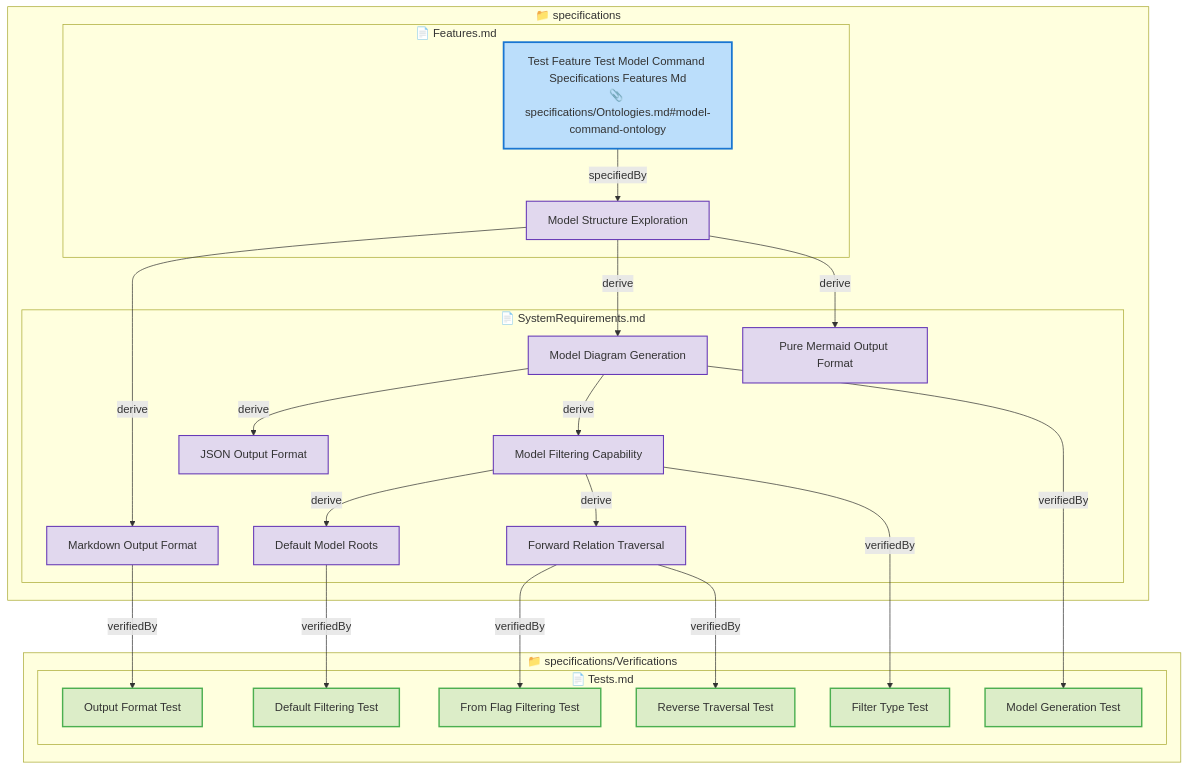
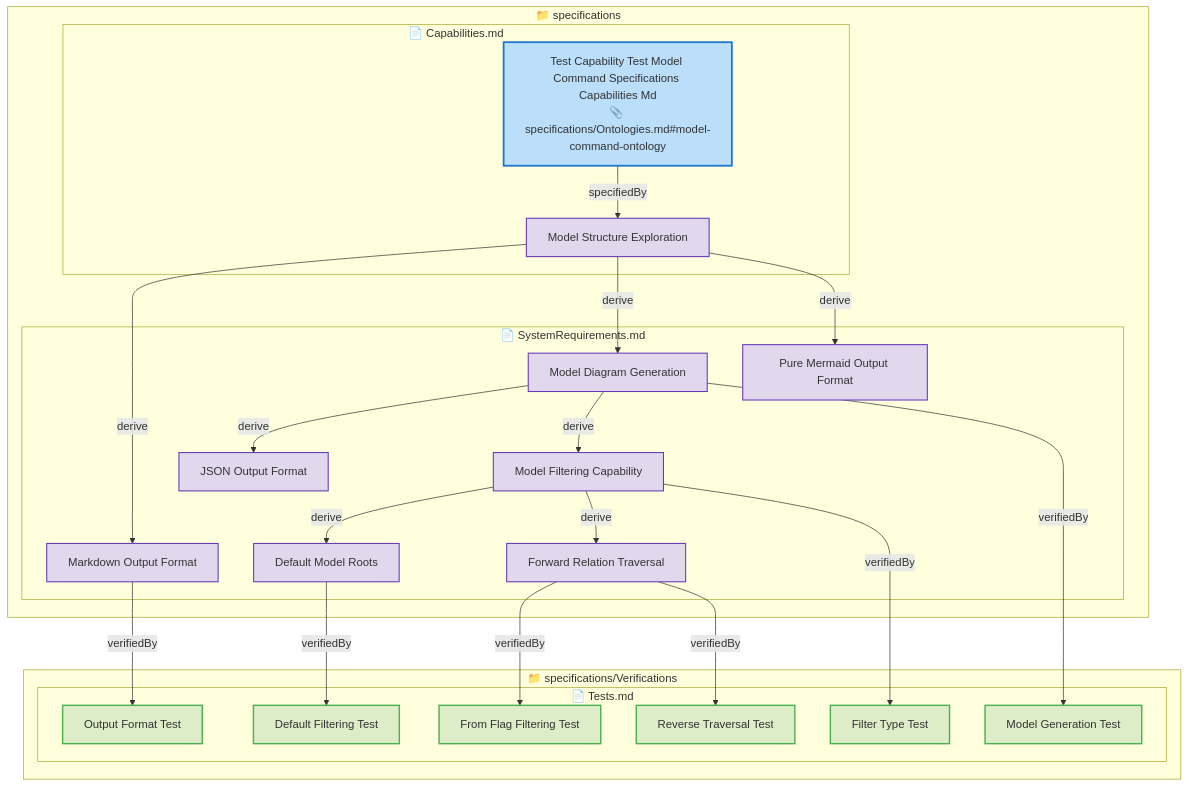
Before and after one commit to reqvire-org/reqvire: the diagram in tests/test-model-command/expected/expected_output.md, drawn with Mermaid. The commit also changed other lines of this file and 502 other files, not shown here.

Commit message:
Ontologies And Capabilities Breaking changes.

````diff
--- a/tests/test-model-command/expected/expected_output.md
+++ b/tests/test-model-command/expected/expected_output.md
@@ -15,81 +15,81 @@
 ```mermaid
 graph TD
-  classDef feature fill:#BBDEFB,stroke:#1976D2,stroke-width:2.5px;
+  classDef capability fill:#BBDEFB,stroke:#1976D2,stroke-width:2.5px;
   classDef systemRequirement fill:#E1D8EE,stroke:#673AB7,stroke-width:1.5px;
   classDef ontology fill:#F4E3A1,stroke:#B08A00,stroke-width:2px;
   classDef verification fill:#DCEDC8,stroke:#4CAF50,stroke-width:2px;
   classDef default fill:#F5F5F5,stroke:#424242,stroke-width:1.5px;
 
   classDef folder fill:#FAFAFA,stroke:#9E9E9E,stroke-width:3px;
   classDef file fill:#FFF8E1,stroke:#FFCA28,stroke-width:2px;
 
   subgraph 9d68b769fcbc79d0["📁 specifications"]
-    subgraph 52b96646352f3ec7["📄 Features.md"]
-      1ef18bbc2a9e2de["Model Structure Exploration"];
-      class 1ef18bbc2a9e2de systemRequirement;
-      click 1ef18bbc2a9e2de "specifications/Features.md#model-structure-exploration";
-      cc4f0d848ef4201f["Test Feature Test Model Command Specifications Features Md<br/>📎 specifications/Ontologies.md#model-command-ontology"];
-      class cc4f0d848ef4201f feature;
-      click cc4f0d848ef4201f "specifications/Features.md#test-feature-test-model-command-specifications-features-md";
+    subgraph afe26fd45621e6a["📄 Capabilities.md"]
+      458b8fd2c32e6014["Model Structure Exploration"];
+      class 458b8fd2c32e6014 systemRequirement;
+      click 458b8fd2c32e6014 "specifications/Capabilities.md#model-structure-exploration";
+      8c7466173ee6b05d["Test Capability Test Model Command Specifications Capabilities Md<br/>📎 specifications/Ontologies.md#model-command-ontology"];
+      class 8c7466173ee6b05d capability;
+      click 8c7466173ee6b05d "specifications/Capabilities.md#test-capability-test-model-command-specifications-capabilities-md";
     end
     subgraph 77808752d543f615["📄 SystemRequirements.md"]
       f352ca56d3ce0fdd["Default Model Roots"];
       class f352ca56d3ce0fdd systemRequirement;
       click f352ca56d3ce0fdd "specifications/SystemRequirements.md#default-model-roots";
       f7eb2f9d9cd7bb11["Forward Relation Traversal"];
       class f7eb2f9d9cd7bb11 systemRequirement;
       click f7eb2f9d9cd7bb11 "specifications/SystemRequirements.md#forward-relation-traversal";
       5abb4a3caae293d9["JSON Output Format"];
       class 5abb4a3caae293d9 systemRequirement;
       click 5abb4a3caae293d9 "specifications/SystemRequirements.md#json-output-format";
       25879bdc5e196bec["Markdown Output Format"];
       class 25879bdc5e196bec systemRequirement;
       click 25879bdc5e196bec "specifications/SystemRequirements.md#markdown-output-format";
       b7ec4bb3813f1dea["Model Diagram Generation"];
       class b7ec4bb3813f1dea systemRequirement;
       click b7ec4bb3813f1dea "specifications/SystemRequirements.md#model-diagram-generation";
       836c732a54d7f48f["Model Filtering Capability"];
       class 836c732a54d7f48f systemRequirement;
       click 836c732a54d7f48f "specifications/SystemRequirements.md#model-filtering-capability";
       28d69f5dca868721["Pure Mermaid Output Format"];
       class 28d69f5dca868721 systemRequirement;
       click 28d69f5dca868721 "specifications/SystemRequirements.md#pure-mermaid-output-format";
     end
   end
   subgraph 9f0649e759bd2822["📁 specifications/Verifications"]
     subgraph 7d9dffd79ed1d5b8["📄 Tests.md"]
       a2368d1b4b67f0d7["Default Filtering Test"];
       class a2368d1b4b67f0d7 verification;
       click a2368d1b4b67f0d7 "specifications/Verifications/Tests.md#default-filtering-test";
       bbd610799ac8e00f["Filter Type Test"];
       class bbd610799ac8e00f verification;
       click bbd610799ac8e00f "specifications/Verifications/Tests.md#filter-type-test";
       293200814c46cd0d["From Flag Filtering Test"];
       class 293200814c46cd0d verification;
       click 293200814c46cd0d "specifications/Verifications/Tests.md#from-flag-filtering-test";
       6e0e2613c4bfcfcb["Model Generation Test"];
       class 6e0e2613c4bfcfcb verification;
       click 6e0e2613c4bfcfcb "specifications/Verifications/Tests.md#model-generation-test";
       2f7b3b3deb29891d["Output Format Test"];
       class 2f7b3b3deb29891d verification;
       click 2f7b3b3deb29891d "specifications/Verifications/Tests.md#output-format-test";
       fb891ab92c9824aa["Reverse Traversal Test"];
       class fb891ab92c9824aa verification;
       click fb891ab92c9824aa "specifications/Verifications/Tests.md#reverse-traversal-test";
     end
   end
-  cc4f0d848ef4201f -->|specifiedBy| 1ef18bbc2a9e2de;
-  1ef18bbc2a9e2de -->|derive| 25879bdc5e196bec;
+  8c7466173ee6b05d -->|specifiedBy| 458b8fd2c32e6014;
+  458b8fd2c32e6014 -->|derive| 25879bdc5e196bec;
   25879bdc5e196bec -->|verifiedBy| 2f7b3b3deb29891d;
-  1ef18bbc2a9e2de -->|derive| b7ec4bb3813f1dea;
+  458b8fd2c32e6014 -->|derive| b7ec4bb3813f1dea;
   b7ec4bb3813f1dea -->|derive| 5abb4a3caae293d9;
   b7ec4bb3813f1dea -->|derive| 836c732a54d7f48f;
   836c732a54d7f48f -->|derive| f352ca56d3ce0fdd;
   f352ca56d3ce0fdd -->|verifiedBy| a2368d1b4b67f0d7;
   836c732a54d7f48f -->|derive| f7eb2f9d9cd7bb11;
   f7eb2f9d9cd7bb11 -->|verifiedBy| 293200814c46cd0d;
   f7eb2f9d9cd7bb11 -->|verifiedBy| fb891ab92c9824aa;
   836c732a54d7f48f -->|verifiedBy| bbd610799ac8e00f;
   b7ec4bb3813f1dea -->|verifiedBy| 6e0e2613c4bfcfcb;
-  1ef18bbc2a9e2de -->|derive| 28d69f5dca868721;
+  458b8fd2c32e6014 -->|derive| 28d69f5dca868721;
 ```
````
